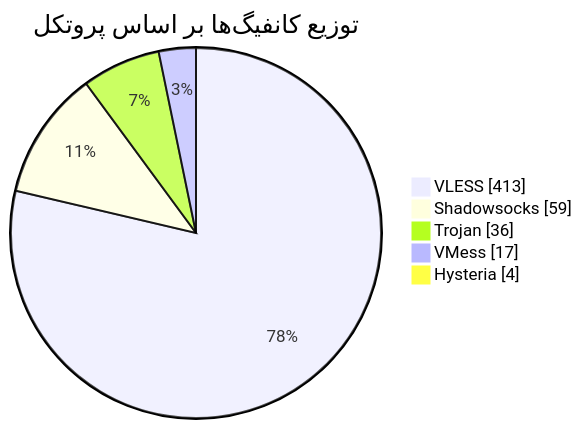
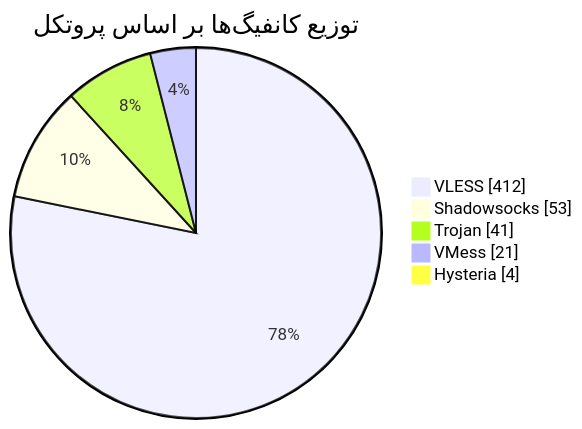
One commit to Arian-Alijani/Somthing changed the diagram in README.md. Above: the diagram before and after it, drawn with Mermaid. The commit also changed other lines of this file and 71 other files, not shown here.

````diff
--- a/README.md
+++ b/README.md
@@ -47,9 +47,9 @@
 ```mermaid
 pie showData
     title توزیع کانفیگ‌ها بر اساس پروتکل
-    "VLESS" : 413
-    "Shadowsocks" : 59
-    "Trojan" : 36
-    "VMess" : 17
+    "VLESS" : 412
+    "Shadowsocks" : 53
+    "Trojan" : 41
+    "VMess" : 21
     "Hysteria" : 4
 ```
````
